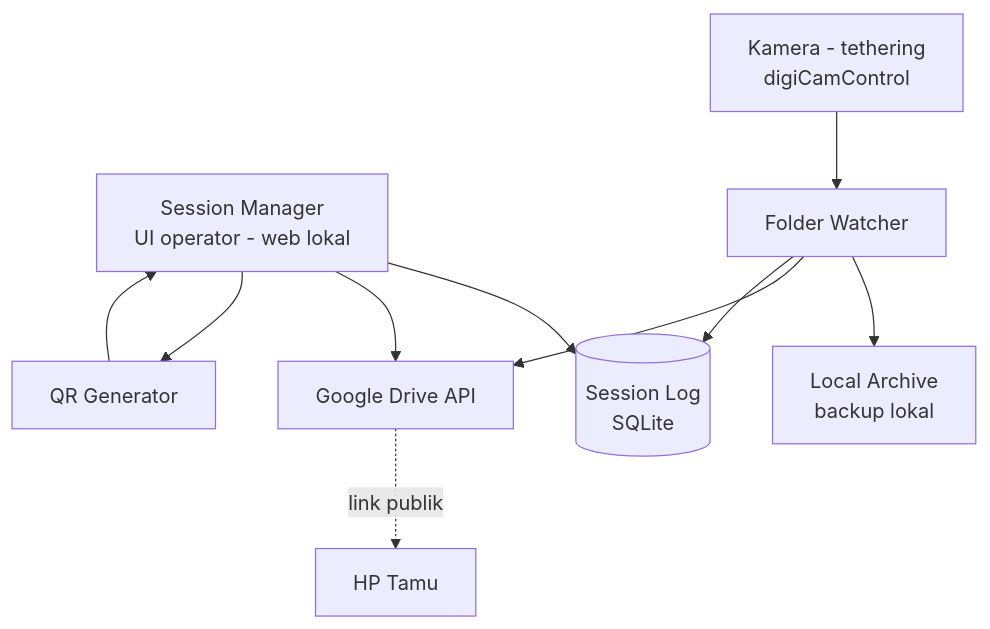
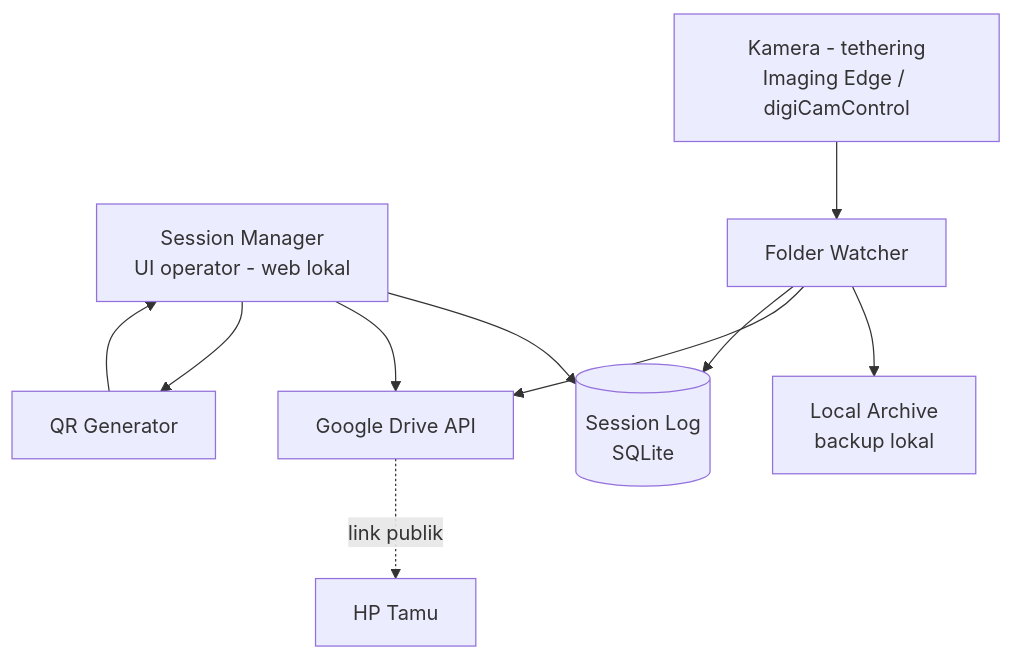
One commit to dreinst/mcfbooth changed the diagram in arsitektur-sistem-photobooth.md. Above: the diagram before and after it, drawn with Mermaid. The commit also changed other lines of this file and 4 other files, not shown here.

````diff
--- a/arsitektur-sistem-photobooth.md
+++ b/arsitektur-sistem-photobooth.md
@@ -21,12 +21,12 @@
 ```mermaid
 flowchart TB
     UI[Session Manager<br/>UI operator - web lokal] --> DB[(Session Log<br/>SQLite)]
     UI --> DRIVE[Google Drive API]
-    CAM[Kamera - tethering<br/>digiCamControl] --> WATCH[Folder Watcher]
+    CAM[Kamera - tethering<br/>Imaging Edge / digiCamControl] --> WATCH[Folder Watcher]
     WATCH --> ARCHIVE[Local Archive<br/>backup lokal]
     WATCH --> DRIVE
     WATCH --> DB
     UI --> QR[QR Generator]
     QR --> UI
     DRIVE -.link publik.-> GUEST[HP Tamu]
 ```
````
